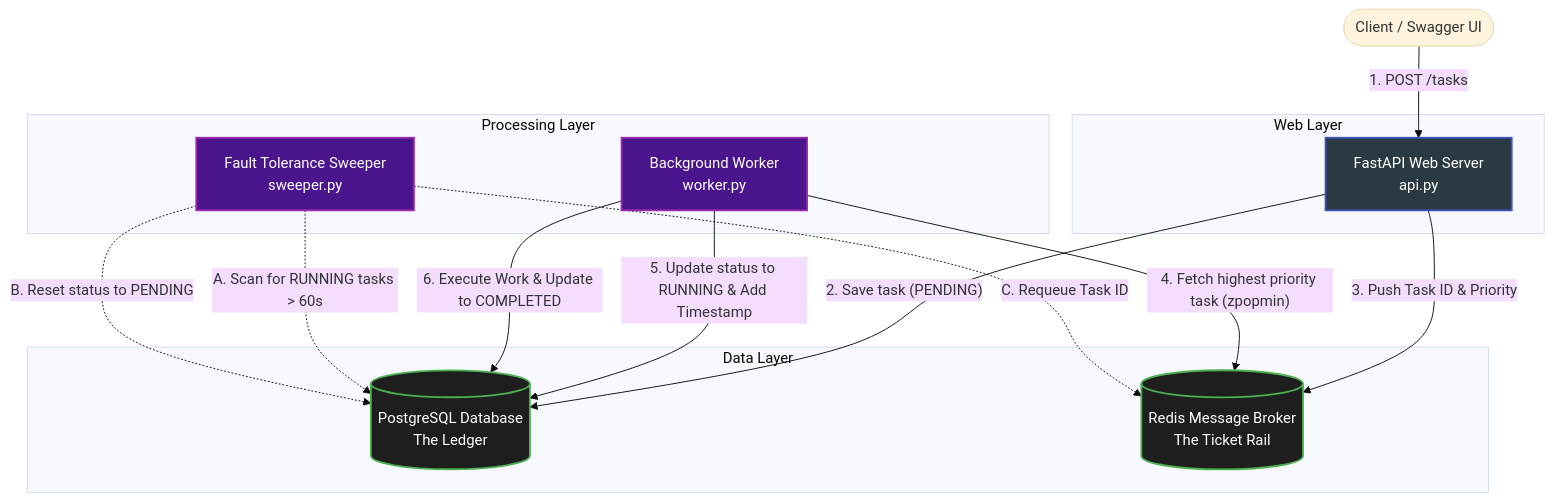
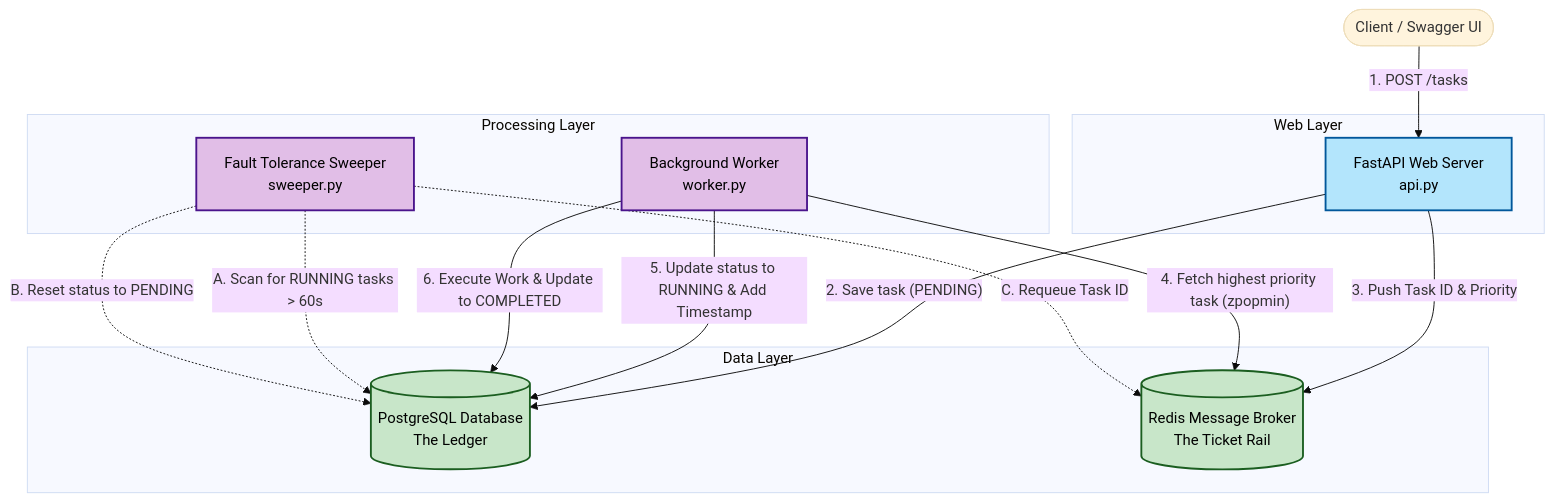
Before and after one commit to Parth7234/distributed-task-scheduler: the diagram in README.md, drawn with Mermaid (base theme).

````diff
--- a/README.md
+++ b/README.md
@@ -9,41 +9,38 @@
 ```mermaid
 graph TD
     Client([Client / Swagger UI])
 
     subgraph Web Layer
         API[FastAPI Web Server<br/>api.py]
     end
 
     subgraph Data Layer
         DB[(PostgreSQL Database<br/>The Ledger)]
         Redis[(Redis Message Broker<br/>The Ticket Rail)]
     end
 
     subgraph Processing Layer
         Worker[Background Worker<br/>worker.py]
         Sweeper[Fault Tolerance Sweeper<br/>sweeper.py]
     end
 
-    %% API Flow
     Client -- "1. POST /tasks" --> API
     API -- "2. Save task (PENDING)" --> DB
     API -- "3. Push Task ID & Priority" --> Redis
 
-    %% Worker Flow
     Worker -- "4. Fetch highest priority task (zpopmin)" --> Redis
     Worker -- "5. Update status to RUNNING & Add Timestamp" --> DB
     Worker -- "6. Execute Work & Update to COMPLETED" --> DB
 
-    %% Fault Tolerance Flow
     Sweeper -. "A. Scan for RUNNING tasks > 60s" .-> DB
     Sweeper -. "B. Reset status to PENDING" .-> DB
     Sweeper -. "C. Requeue Task ID" .-> Redis
     
-    classDef primary fill:#2b3a42,stroke:#3f51b5,stroke-width:2px,color:#fff;
-    classDef secondary fill:#1e1e1e,stroke:#4caf50,stroke-width:2px,color:#fff;
-    classDef danger fill:#4a148c,stroke:#9c27b0,stroke-width:2px,color:#fff;
+    classDef web fill:#b3e5fc,stroke:#01579b,stroke-width:2px,color:#000;
+    classDef data fill:#c8e6c9,stroke:#1b5e20,stroke-width:2px,color:#000;
+    classDef processing fill:#e1bee7,stroke:#4a148c,stroke-width:2px,color:#000;
     
-    class API primary;
-    class DB,Redis secondary;
-    class Worker,Sweeper danger;
+    class API web;
+    class DB,Redis data;
+    class Worker,Sweeper processing;
 ```
````
